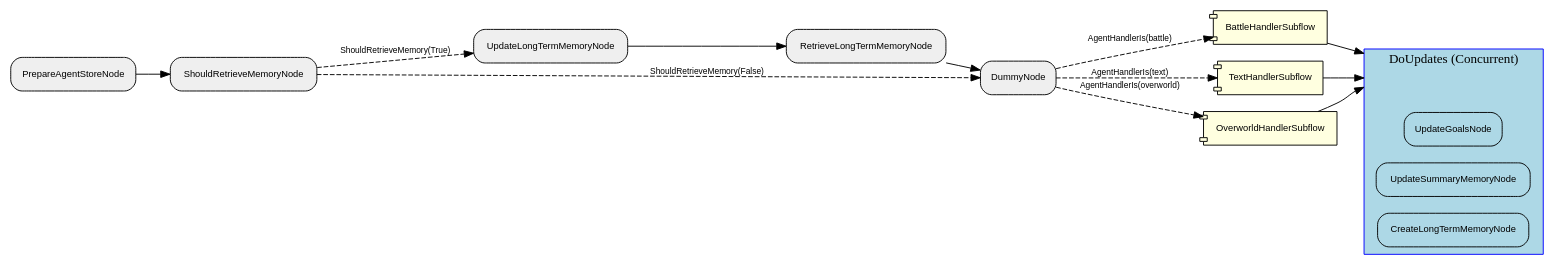
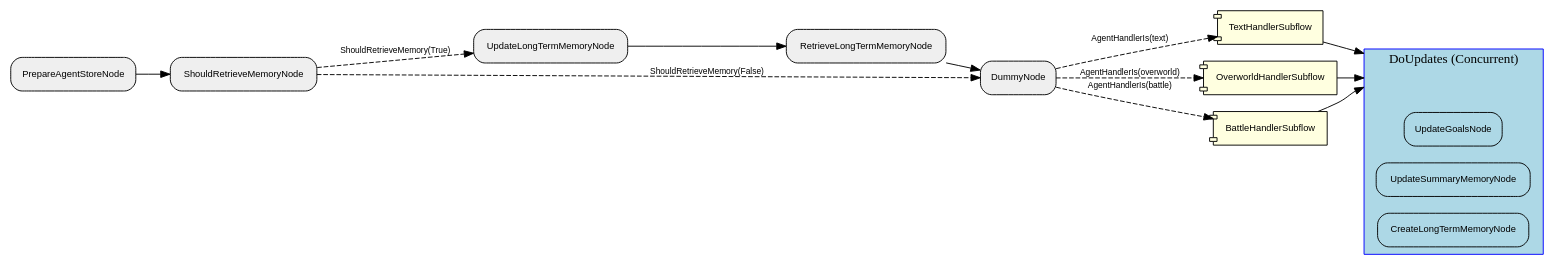
Before and after one commit to clambro/ai-plays-pokemon: the diagram in visualization/agent_graph/Graph.dot, drawn with Graphviz. The commit also changed 53 other files, not shown here.

```diff
--- a/visualization/agent_graph/Graph.dot
+++ b/visualization/agent_graph/Graph.dot
@@ -1,38 +1,38 @@
 digraph "G" {
   rankdir=LR;
   compound=true;
   node [shape=box, style="rounded,filled", fillcolor="#EFEFEF", fontname="Helvetica", fontsize=10];
   edge [fontname="Helvetica", fontsize=9];
-  subgraph "cluster_qDoGDJtS0AgbhEgyBbCUc" {
+  subgraph "cluster_liDczOmv9oRaUJMghIqVU" {
     label="DoUpdates (Concurrent)";
     style="filled"; fillcolor="lightblue"; color="blue";
     node [fillcolor="lightblue", style="filled,rounded"];
-    "qDoGDJtS0AgbhEgyBbCUc__entry" [label="", shape=point, width=0.01, style=invis];
-    "qDoGDJtS0AgbhEgyBbCUc__exit"  [label="", shape=point, width=0.01, style=invis];
-    j37Fx8CXADLY5bj9npt88 [label="UpdateGoalsNode"];
-    Q2jSXwSlUuwExfnAlTm2X [label="UpdateSummaryMemoryNode"];
-    QttYqlZ458PXBvIRrfMUC [label="CreateLongTermMemoryNode"];
+    "liDczOmv9oRaUJMghIqVU__entry" [label="", shape=point, width=0.01, style=invis];
+    "liDczOmv9oRaUJMghIqVU__exit"  [label="", shape=point, width=0.01, style=invis];
+    MaIS7phftIkWBXcpuAO9D [label="UpdateGoalsNode"];
+    l1eV9AAHBCYj6fVfXRvaJ [label="UpdateSummaryMemoryNode"];
+    "43MFHUDbKNlkCaPHxaJt3" [label="CreateLongTermMemoryNode"];
   }
-  QttYqlZ458PXBvIRrfMUC [label="CreateLongTermMemoryNode"];
-  NnLoSHMTe5Wya37sb2cCG [label="PrepareAgentStoreNode"];
-  UQfruWnEYb9ceMz1nVxEb [label="BattleHandlerSubflow", shape=component, style="filled,rounded", fillcolor="lightyellow"];
-  QKqcVGBRZ3VhKc6fS0juh [label="RetrieveLongTermMemoryNode"];
-  dBm2tcxPX7pCxCpd7irBK [label="TextHandlerSubflow", shape=component, style="filled,rounded", fillcolor="lightyellow"];
-  j37Fx8CXADLY5bj9npt88 [label="UpdateGoalsNode"];
-  TKZefZTN2Rh4zH4KFaxOu [label="UpdateLongTermMemoryNode"];
-  dvQ6FIq509Jub2hpFdZfG [label="ShouldRetrieveMemoryNode"];
-  Epz87OOSMZk5Lg23pJEw4 [label="OverworldHandlerSubflow", shape=component, style="filled,rounded", fillcolor="lightyellow"];
-  Q2jSXwSlUuwExfnAlTm2X [label="UpdateSummaryMemoryNode"];
-  OTzfokBXHYjigocECPJA7 [label="DummyNode"];
-  NnLoSHMTe5Wya37sb2cCG -> dvQ6FIq509Jub2hpFdZfG [style="solid"];
-  dvQ6FIq509Jub2hpFdZfG -> TKZefZTN2Rh4zH4KFaxOu [style="dashed", label="ShouldRetrieveMemory(True)"];
-  TKZefZTN2Rh4zH4KFaxOu -> QKqcVGBRZ3VhKc6fS0juh [style="solid"];
-  dvQ6FIq509Jub2hpFdZfG -> OTzfokBXHYjigocECPJA7 [style="dashed", label="ShouldRetrieveMemory(False)"];
-  QKqcVGBRZ3VhKc6fS0juh -> OTzfokBXHYjigocECPJA7 [style="solid"];
-  OTzfokBXHYjigocECPJA7 -> Epz87OOSMZk5Lg23pJEw4 [style="dashed", label="AgentHandlerIs(overworld)"];
-  OTzfokBXHYjigocECPJA7 -> UQfruWnEYb9ceMz1nVxEb [style="dashed", label="AgentHandlerIs(battle)"];
-  OTzfokBXHYjigocECPJA7 -> dBm2tcxPX7pCxCpd7irBK [style="dashed", label="AgentHandlerIs(text)"];
-  dBm2tcxPX7pCxCpd7irBK -> qDoGDJtS0AgbhEgyBbCUc__entry [lhead="cluster_qDoGDJtS0AgbhEgyBbCUc", style="solid"];
-  UQfruWnEYb9ceMz1nVxEb -> qDoGDJtS0AgbhEgyBbCUc__entry [lhead="cluster_qDoGDJtS0AgbhEgyBbCUc", style="solid"];
-  Epz87OOSMZk5Lg23pJEw4 -> qDoGDJtS0AgbhEgyBbCUc__entry [lhead="cluster_qDoGDJtS0AgbhEgyBbCUc", style="solid"];
+  d9whHMX3isPtF6OXfGIRp [label="RetrieveLongTermMemoryNode"];
+  l1eV9AAHBCYj6fVfXRvaJ [label="UpdateSummaryMemoryNode"];
+  Qfvth2rAAdlndzerTsEQQ [label="TextHandlerSubflow", shape=component, style="filled,rounded", fillcolor="lightyellow"];
+  MaIS7phftIkWBXcpuAO9D [label="UpdateGoalsNode"];
+  uMZEIFXNuxOGxLHZpcjYy [label="OverworldHandlerSubflow", shape=component, style="filled,rounded", fillcolor="lightyellow"];
+  "6OuzPnOfEPu3gzD7MwqIf" [label="UpdateLongTermMemoryNode"];
+  sE8SPoWmMPEBm4niJ2DaQ [label="ShouldRetrieveMemoryNode"];
+  DepXAO7WYjhZ6pofijbXy [label="BattleHandlerSubflow", shape=component, style="filled,rounded", fillcolor="lightyellow"];
+  "43MFHUDbKNlkCaPHxaJt3" [label="CreateLongTermMemoryNode"];
+  zO4xKSTwxvPM0FUpqW3jY [label="DummyNode"];
+  CMPCgLi3gmcs7yxptFZas [label="PrepareAgentStoreNode"];
+  CMPCgLi3gmcs7yxptFZas -> sE8SPoWmMPEBm4niJ2DaQ [style="solid"];
+  sE8SPoWmMPEBm4niJ2DaQ -> "6OuzPnOfEPu3gzD7MwqIf" [style="dashed", label="ShouldRetrieveMemory(True)"];
+  "6OuzPnOfEPu3gzD7MwqIf" -> d9whHMX3isPtF6OXfGIRp [style="solid"];
+  sE8SPoWmMPEBm4niJ2DaQ -> zO4xKSTwxvPM0FUpqW3jY [style="dashed", label="ShouldRetrieveMemory(False)"];
+  d9whHMX3isPtF6OXfGIRp -> zO4xKSTwxvPM0FUpqW3jY [style="solid"];
+  zO4xKSTwxvPM0FUpqW3jY -> uMZEIFXNuxOGxLHZpcjYy [style="dashed", label="AgentHandlerIs(overworld)"];
+  zO4xKSTwxvPM0FUpqW3jY -> DepXAO7WYjhZ6pofijbXy [style="dashed", label="AgentHandlerIs(battle)"];
+  zO4xKSTwxvPM0FUpqW3jY -> Qfvth2rAAdlndzerTsEQQ [style="dashed", label="AgentHandlerIs(text)"];
+  Qfvth2rAAdlndzerTsEQQ -> liDczOmv9oRaUJMghIqVU__entry [lhead="cluster_liDczOmv9oRaUJMghIqVU", style="solid"];
+  DepXAO7WYjhZ6pofijbXy -> liDczOmv9oRaUJMghIqVU__entry [lhead="cluster_liDczOmv9oRaUJMghIqVU", style="solid"];
+  uMZEIFXNuxOGxLHZpcjYy -> liDczOmv9oRaUJMghIqVU__entry [lhead="cluster_liDczOmv9oRaUJMghIqVU", style="solid"];
 }
```
